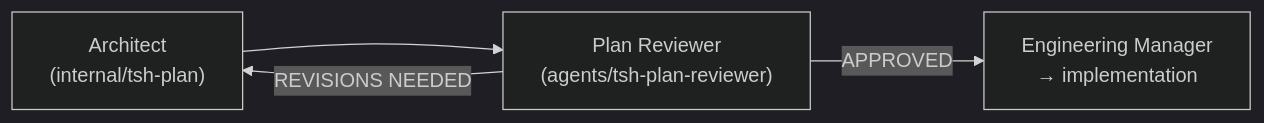
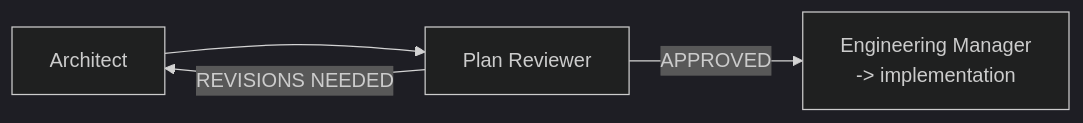
One commit to kkorus/cursor-collections changed the diagram in website/docs/agents/plan-reviewer.md. Above: the diagram before and after it, drawn with Mermaid (dark theme). The commit also changed other lines of this file and 53 other files, not shown here.

````diff
--- a/website/docs/agents/plan-reviewer.md
+++ b/website/docs/agents/plan-reviewer.md
@@ -64,6 +75,6 @@
 ```mermaid
 flowchart LR
-  Architect["Architect\n(internal/tsh-plan)"] --> PlanReviewer["Plan Reviewer\n(agents/tsh-plan-reviewer)"]
-  PlanReviewer -->|"APPROVED"| EM["Engineering Manager\n→ implementation"]
+  Architect["Architect"] --> PlanReviewer["Plan Reviewer"]
+  PlanReviewer -->|"APPROVED"| EM["Engineering Manager\n-> implementation"]
   PlanReviewer -->|"REVISIONS NEEDED"| Architect
 ```
````
